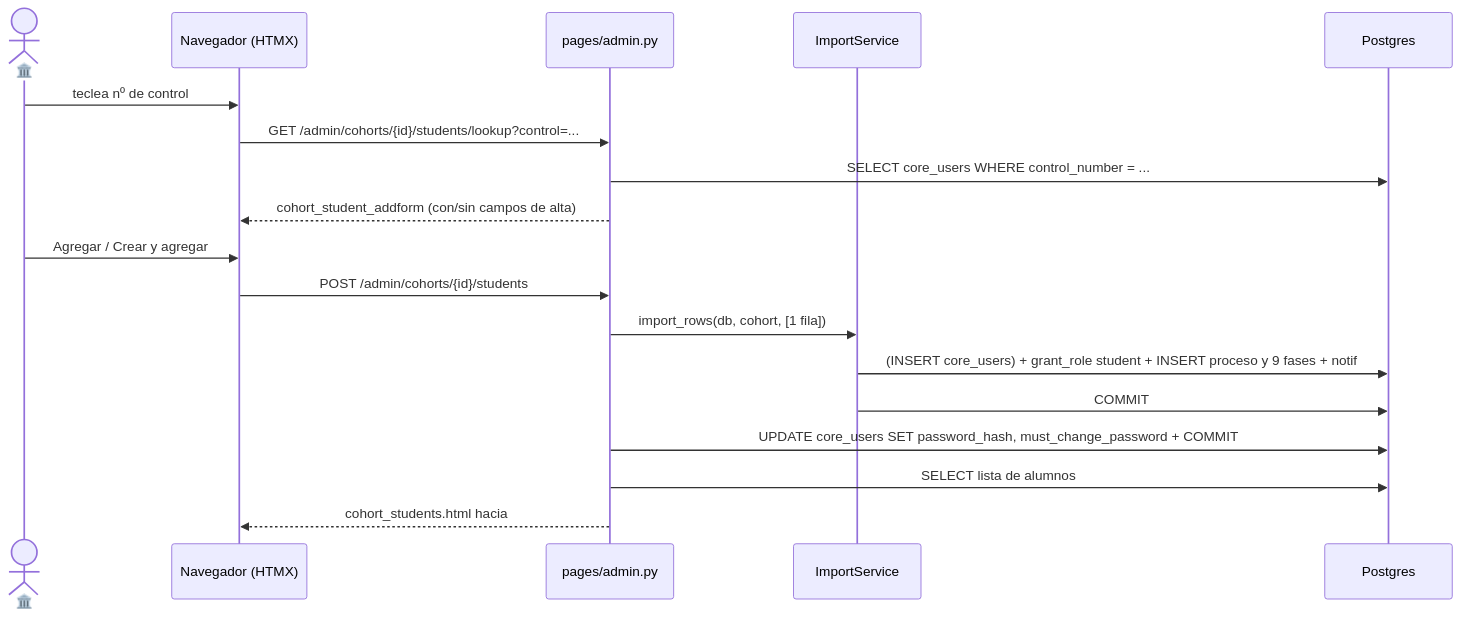
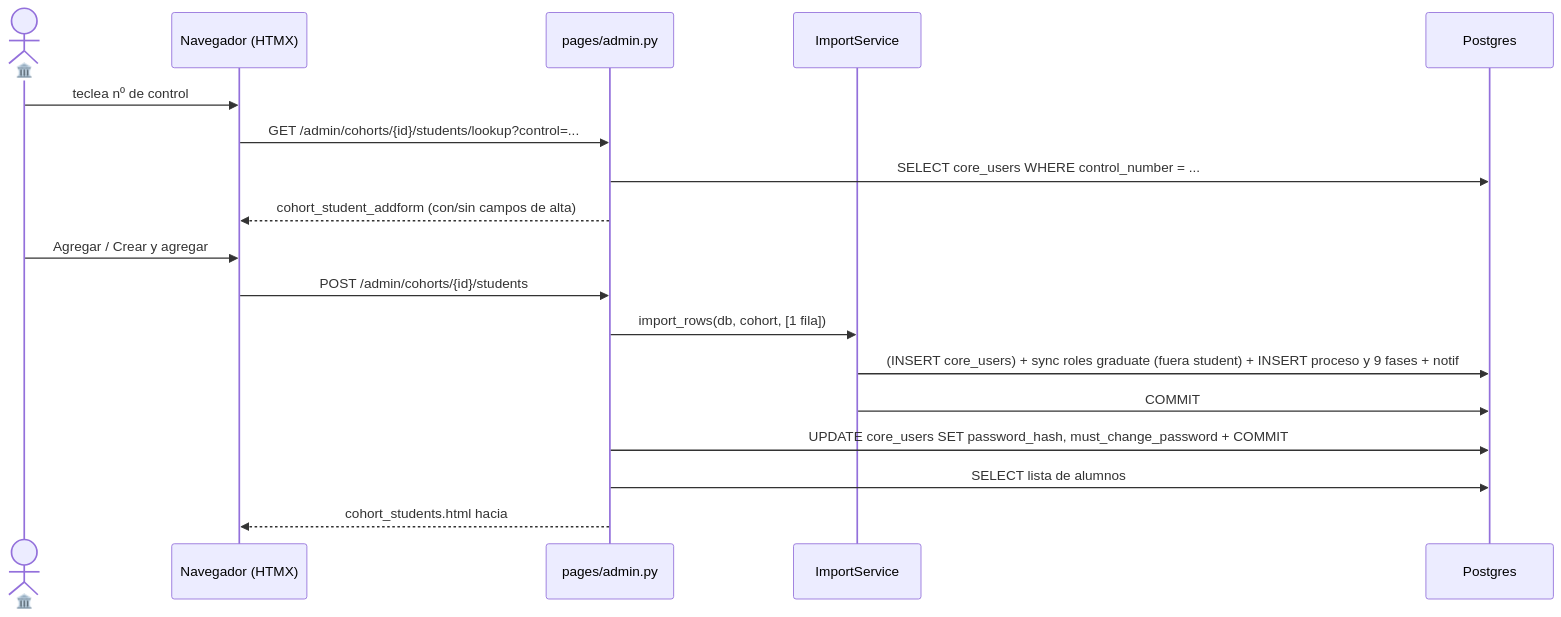
One commit to Erne1357/itcj changed the diagram in itcj2/apps/titulatec/docs/flows/phase0_school_services_add_student_manual.md. Above: the diagram before and after it, drawn with Mermaid. The commit also changed other lines of this file and 8 other files, not shown here.

````diff
--- a/itcj2/apps/titulatec/docs/flows/phase0_school_services_add_student_manual.md
+++ b/itcj2/apps/titulatec/docs/flows/phase0_school_services_add_student_manual.md
@@ -37,20 +37,20 @@
 ```mermaid
 sequenceDiagram
     actor S as 🏛️
     participant FE as Navegador (HTMX)
     participant API as pages/admin.py
     participant IS as ImportService
     participant DB as Postgres
     S->>FE: teclea nº de control
     FE->>API: GET /admin/cohorts/{id}/students/lookup?control=...
     API->>DB: SELECT core_users WHERE control_number = ...
     API-->>FE: cohort_student_addform (con/sin campos de alta)
     S->>FE: Agregar / Crear y agregar
     FE->>API: POST /admin/cohorts/{id}/students
     API->>IS: import_rows(db, cohort, [1 fila])
-    IS->>DB: (INSERT core_users) + grant_role student + INSERT proceso y 9 fases + notif
+    IS->>DB: (INSERT core_users) + sync roles graduate (fuera student) + INSERT proceso y 9 fases + notif
     IS->>DB: COMMIT
     API->>DB: UPDATE core_users SET password_hash, must_change_password + COMMIT
     API->>DB: SELECT lista de alumnos
     API-->>FE: cohort_students.html hacia #cohort-tab-body
 ```
````
